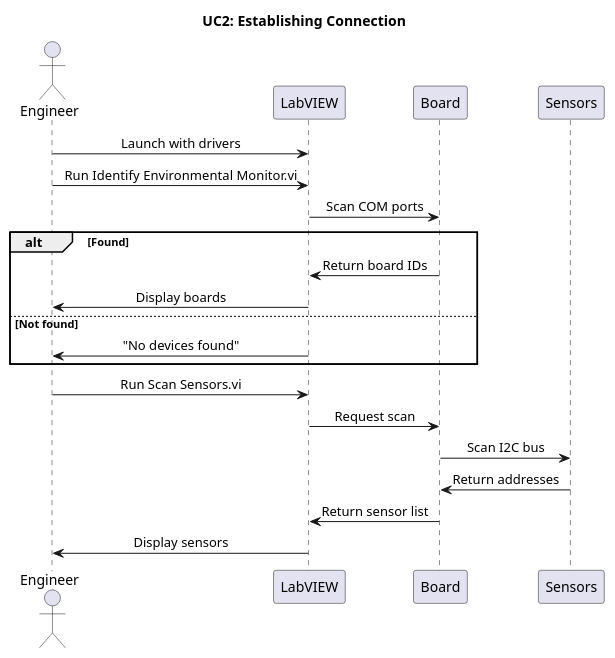
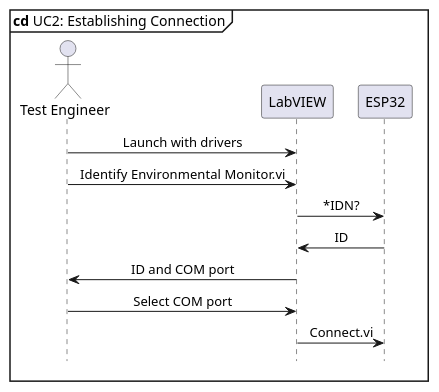
One commit to GabeAvenia/Environmental-Monitor-ESP32 changed the diagram in Sequence Diagrams/UC2 Establishing Connection.puml. Above: the diagram before and after it, drawn with PlantUML. The commit also changed 18 other files, not shown here.

Commit message:
Allow string in Additional config. Created system component diagrams.

```diff
--- a/Sequence Diagrams/UC2 Establishing Connection.puml
+++ b/Sequence Diagrams/UC2 Establishing Connection.puml
@@ -1,27 +1,19 @@
 @startuml
-title UC2: Establishing Connection
+hide footbox
+mainframe **cd** UC2: Establishing Connection
 skinparam sequenceMessageAlign center
-actor Engineer
-participant LabVIEW
-participant Board
-participant Sensors
+
+actor "Test Engineer" as Engineer
+participant "LabVIEW" as LabVIEW
+participant "ESP32" as Board
 
 Engineer -> LabVIEW: Launch with drivers
-Engineer -> LabVIEW: Run Identify Environmental Monitor.vi
+Engineer -> LabVIEW: Identify Environmental Monitor.vi
+LabVIEW -> Board: ~*IDN?
+Board -> LabVIEW: ID
+LabVIEW -> Engineer: ID and COM port
 
-LabVIEW -> Board: Scan COM ports
+Engineer -> LabVIEW: Select COM port
+LabVIEW -> Board: Connect.vi
 
-alt Found
-    Board -> LabVIEW: Return board IDs
-    LabVIEW -> Engineer: Display boards
-else Not found
-    LabVIEW -> Engineer: "No devices found"
-end
-
-Engineer -> LabVIEW: Run Scan Sensors.vi
-LabVIEW -> Board: Request scan
-Board -> Sensors: Scan I2C bus
-Sensors -> Board: Return addresses
-Board -> LabVIEW: Return sensor list
-LabVIEW -> Engineer: Display sensors
 @enduml
```
